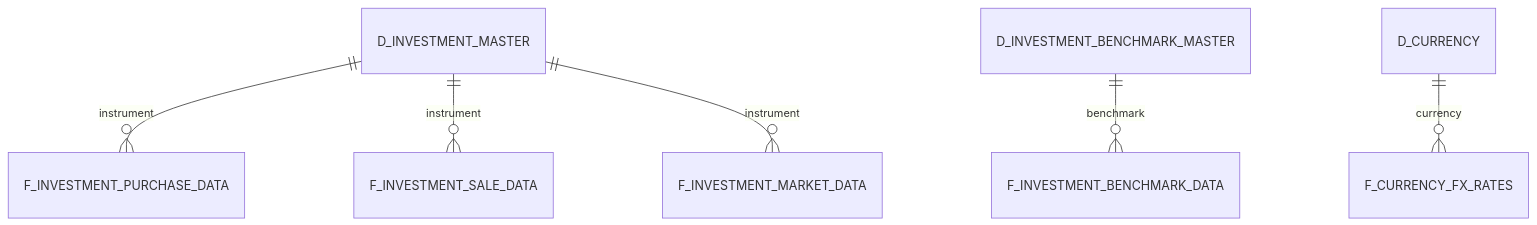
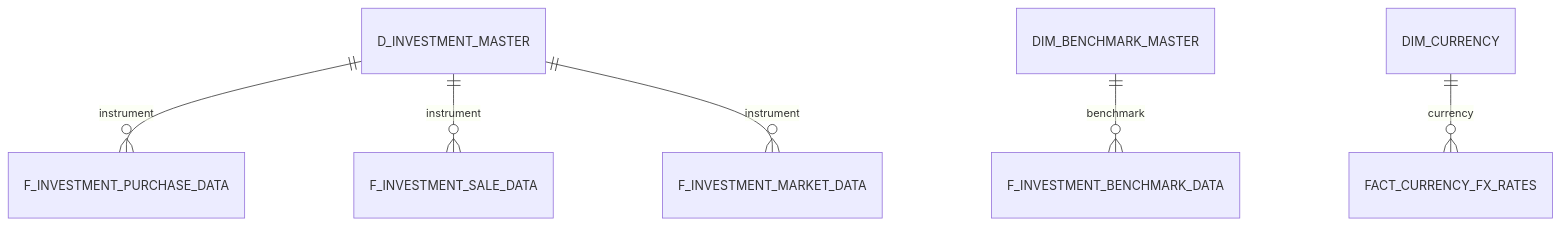
The fifth of 9 diagrams in docs/architecture/data-model.md (tks18/personal-finance-etl), drawn with Mermaid before and after one commit. The commit also changed other lines of this file and 4 other files, not shown here.

Commit message:
docs(warehouse): update silver contracts and architecture

````diff
--- a/docs/architecture/data-model.md
+++ b/docs/architecture/data-model.md
@@ -128,8 +128,8 @@
 ```mermaid
 erDiagram
     D_INVESTMENT_MASTER ||--o{ F_INVESTMENT_PURCHASE_DATA : instrument
     D_INVESTMENT_MASTER ||--o{ F_INVESTMENT_SALE_DATA : instrument
     D_INVESTMENT_MASTER ||--o{ F_INVESTMENT_MARKET_DATA : instrument
-    D_INVESTMENT_BENCHMARK_MASTER ||--o{ F_INVESTMENT_BENCHMARK_DATA : benchmark
-    D_CURRENCY ||--o{ F_CURRENCY_FX_RATES : currency
+    DIM_BENCHMARK_MASTER ||--o{ F_INVESTMENT_BENCHMARK_DATA : benchmark
+    DIM_CURRENCY ||--o{ FACT_CURRENCY_FX_RATES : currency
 ```
````
